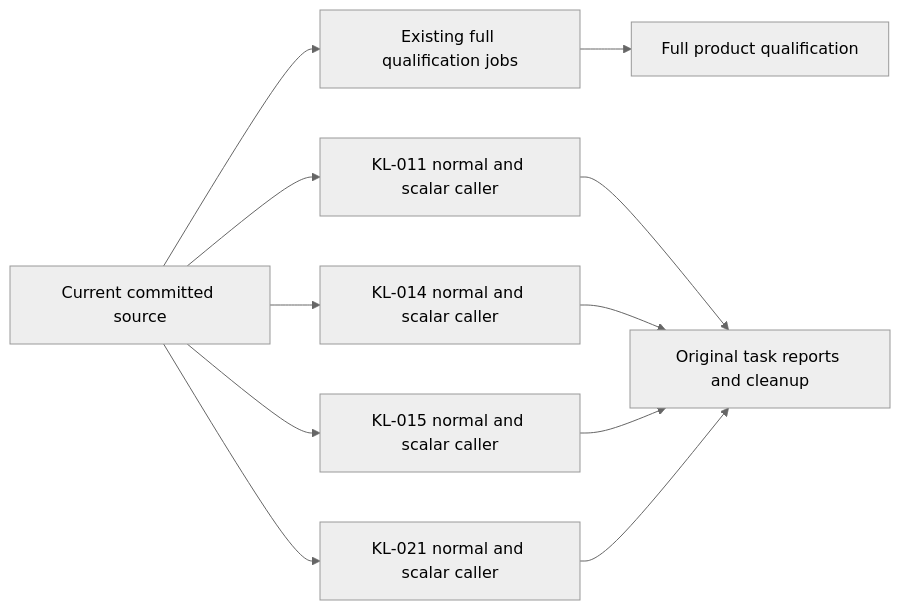
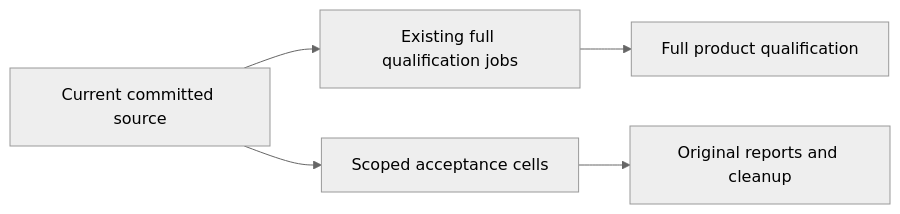
One commit to managedcode/KeyLoad changed the diagram in docs/ADR/ADR-117-native-tunit-ci-entry.md. Above: the diagram before and after it, drawn with Mermaid (neutral theme). The commit also changed other lines of this file and 7356 other files, not shown here.

````diff
--- a/docs/ADR/ADR-117-native-tunit-ci-entry.md
+++ b/docs/ADR/ADR-117-native-tunit-ci-entry.md
@@ -53,13 +21,7 @@
 ```mermaid
 flowchart LR
   Source[Current committed source] --> Full[Existing full qualification jobs]
-  Source --> Index[KL-011 normal and scalar caller]
-  Source --> Client[KL-014 normal and scalar caller]
-  Source --> Security[KL-015 normal and scalar caller]
-  Source --> Reads[KL-021 normal and scalar caller]
-  Index --> Scoped[Original task reports and cleanup]
-  Client --> Scoped
-  Security --> Scoped
-  Reads --> Scoped
+  Source --> Scoped[Scoped acceptance cells]
+  Scoped --> Reports[Original reports and cleanup]
   Full --> Product[Full product qualification]
 ```
````
